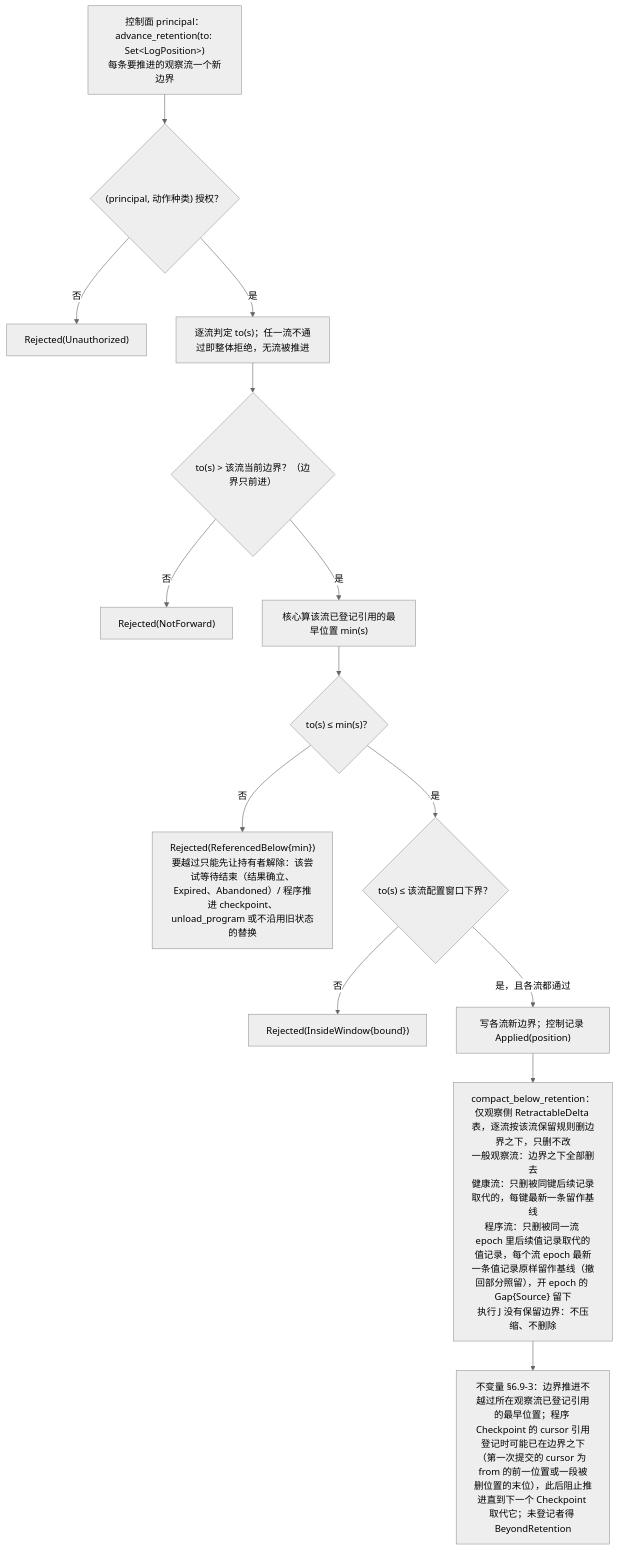
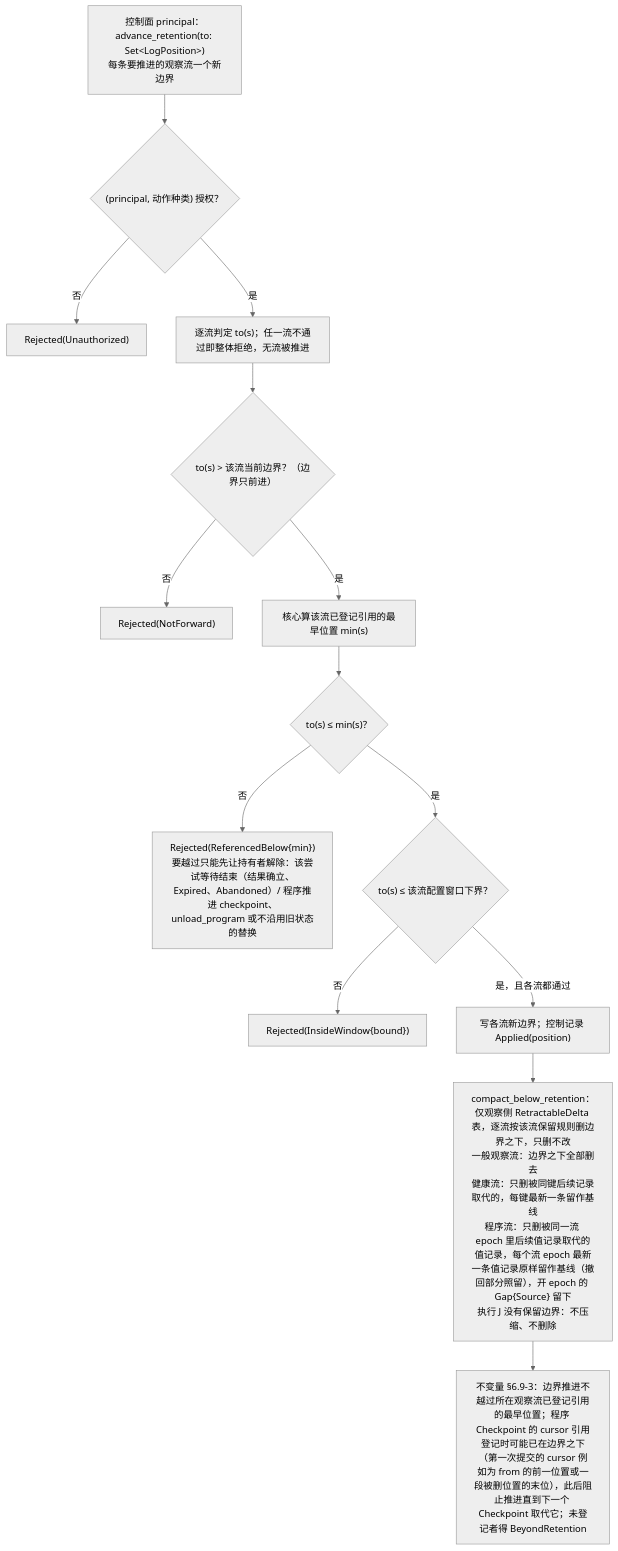
Before and after one commit to mouriya-s-lab/uta: the second of 3 diagrams in design/diagrams/08-retention-and-references.md, drawn with Mermaid (neutral theme). The commit also changed other lines of this file and 14 other files, not shown here.

````diff
--- a/design/diagrams/08-retention-and-references.md
+++ b/design/diagrams/08-retention-and-references.md
@@ -47,16 +47,16 @@
 ```mermaid
 flowchart TB
   OP["控制面 principal：advance_retention(to: Set&lt;LogPosition&gt;)<br/>每条要推进的观察流一个新边界"] --> AUTH{"(principal, 动作种类) 授权？"}
   AUTH -->|"否"| U["Rejected(Unauthorized)"]
   AUTH -->|"是"| EACH["逐流判定 to(s)；任一流不通过即整体拒绝，无流被推进"]
   EACH --> MONO{"to(s) > 该流当前边界？（边界只前进）"}
   MONO -->|"否"| RJ0["Rejected(NotForward)"]
   MONO -->|"是"| MIN["核心算该流已登记引用的最早位置 min(s)"]
   MIN --> CMP{"to(s) ≤ min(s)？"}
   CMP -->|"否"| RJ["Rejected(ReferencedBelow{min})<br/>要越过只能先让持有者解除：该尝试等待结束（结果确立、Expired、Abandoned）/ 程序推进 checkpoint、unload_program 或不沿用旧状态的替换"]
   CMP -->|"是"| WIN{"to(s) ≤ 该流配置窗口下界？"}
   WIN -->|"否"| RJ2["Rejected(InsideWindow{bound})"]
   WIN -->|"是，且各流都通过"| APPLY["写各流新边界；控制记录 Applied(position)"]
   APPLY --> COMPACT["compact_below_retention：仅观察侧 RetractableDelta 表，逐流按该流保留规则删边界之下，只删不改<br/>一般观察流：边界之下全部删去<br/>健康流：只删被同键后续记录取代的，每键最新一条留作基线<br/>程序流：只删被同一流 epoch 里后续值记录取代的值记录，每个流 epoch 最新一条值记录原样留作基线（撤回部分照留），开 epoch 的 Gap{Source} 留下<br/>执行 J 没有保留边界：不压缩、不删除"]
-  COMPACT --> INV["不变量 §6.9-3：边界推进不越过所在观察流已登记引用的最早位置；程序 Checkpoint 的 cursor 引用登记时可能已在边界之下（第一次提交的 cursor 为 from 的前一位置或一段被删位置的末位），此后阻止推进直到下一个 Checkpoint 取代它；未登记者得 BeyondRetention"]
+  COMPACT --> INV["不变量 §6.9-3：边界推进不越过所在观察流已登记引用的最早位置；程序 Checkpoint 的 cursor 引用登记时可能已在边界之下（第一次提交的 cursor 例如为 from 的前一位置或一段被删位置的末位），此后阻止推进直到下一个 Checkpoint 取代它；未登记者得 BeyondRetention"]
 ```
````
